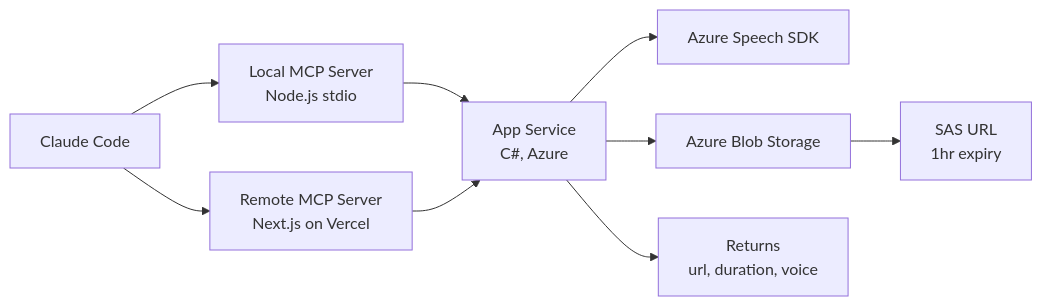
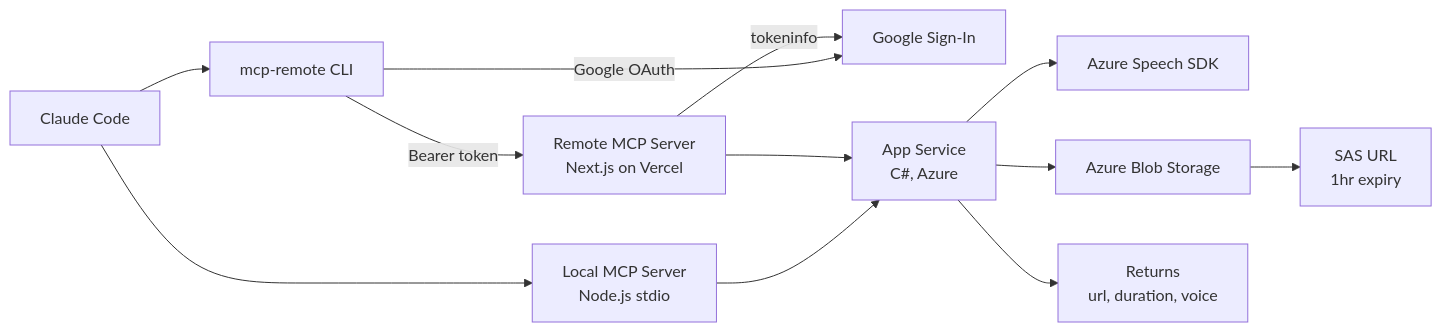
Before and after one commit to olaafrossi/ClaudeChatTTSServer: the first of 2 diagrams in README.md, drawn with Mermaid. The commit also changed other lines of this file and 1 other file, not shown here.

Commit message:
Updates Readme for Google Auth

````diff
--- a/README.md
+++ b/README.md
@@ -7,11 +7,14 @@
 ```mermaid
 graph LR
     A[Claude Code] --> B[Local MCP Server<br/>Node.js stdio]
-    A --> B2[Remote MCP Server<br/>Next.js on Vercel]
+    A --> M[mcp-remote CLI]
+    M -->|Google OAuth| O[Google Sign-In]
+    M -->|Bearer token| B2[Remote MCP Server<br/>Next.js on Vercel]
+    B2 -->|tokeninfo| O
     B --> C[App Service<br/>C#, Azure]
     B2 --> C
     C --> D[Azure Speech SDK]
     C --> E[Azure Blob Storage]
     E --> F[SAS URL<br/>1hr expiry]
     C --> G[Returns<br/>url, duration, voice]
 ```
````
